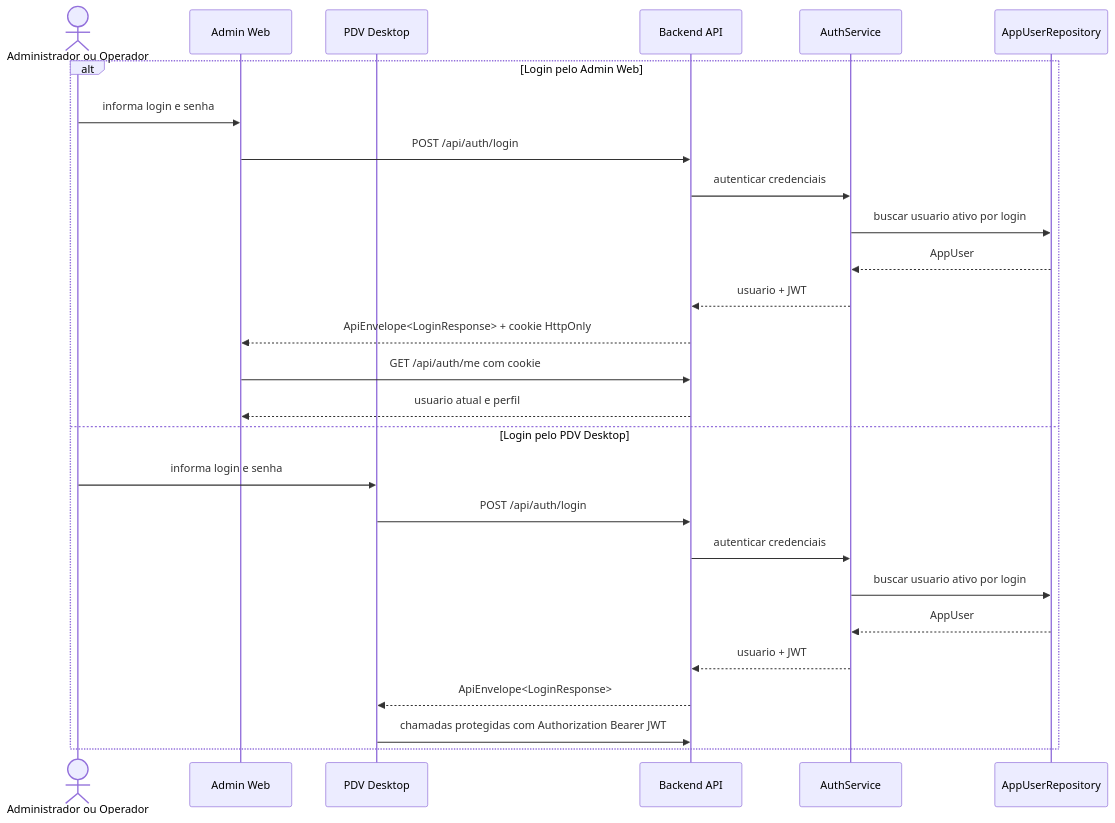
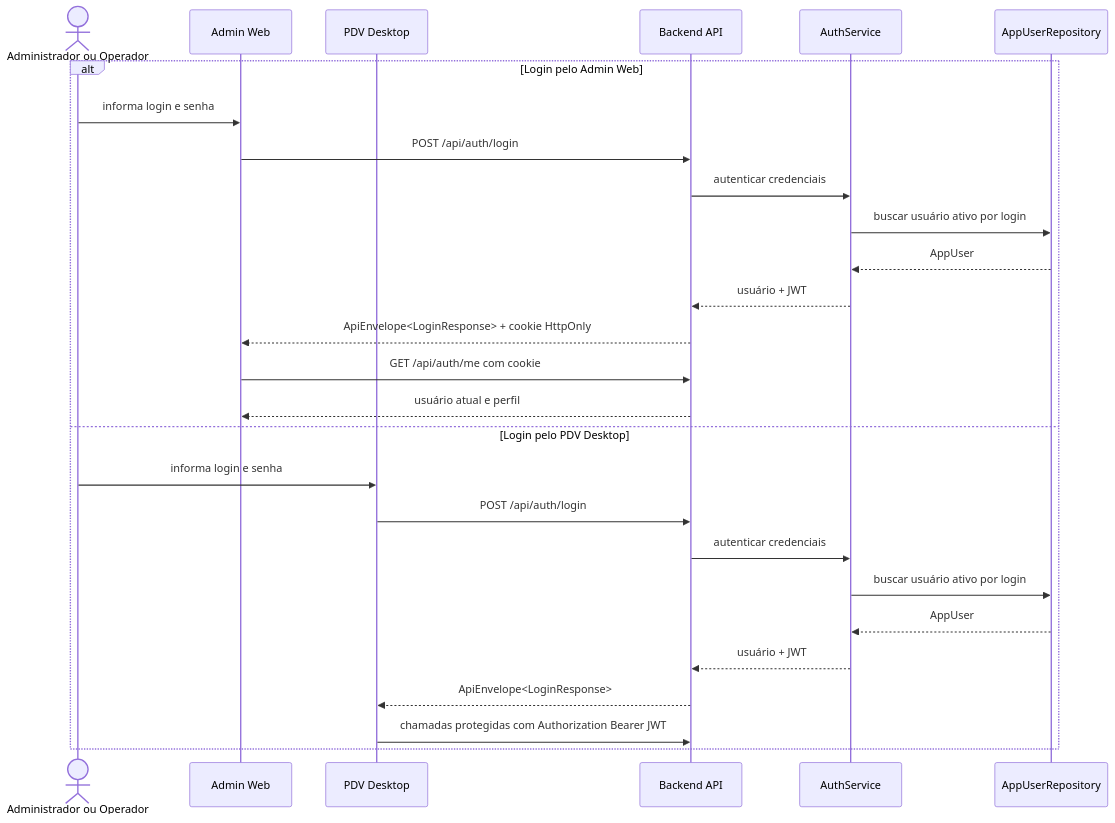
One commit to Fatech-Ypiranga/Mercado-One-Java changed the fifth of 9 diagrams in docs/diagramas.md. Above: the diagram before and after it, drawn with Mermaid. The commit also changed other lines of this file and 27 other files, not shown here.

````diff
--- a/docs/diagramas.md
+++ b/docs/diagramas.md
@@ -388,30 +388,30 @@
 ```mermaid
 sequenceDiagram
     actor Pessoa as Administrador ou Operador
     participant Admin as Admin Web
     participant Pdv as PDV Desktop
     participant Api as Backend API
     participant Auth as AuthService
     participant Users as AppUserRepository
 
     alt Login pelo Admin Web
         Pessoa->>Admin: informa login e senha
         Admin->>Api: POST /api/auth/login
         Api->>Auth: autenticar credenciais
-        Auth->>Users: buscar usuario ativo por login
+        Auth->>Users: buscar usuário ativo por login
         Users-->>Auth: AppUser
-        Auth-->>Api: usuario + JWT
+        Auth-->>Api: usuário + JWT
         Api-->>Admin: ApiEnvelope<LoginResponse> + cookie HttpOnly
         Admin->>Api: GET /api/auth/me com cookie
-        Api-->>Admin: usuario atual e perfil
+        Api-->>Admin: usuário atual e perfil
     else Login pelo PDV Desktop
         Pessoa->>Pdv: informa login e senha
         Pdv->>Api: POST /api/auth/login
         Api->>Auth: autenticar credenciais
-        Auth->>Users: buscar usuario ativo por login
+        Auth->>Users: buscar usuário ativo por login
         Users-->>Auth: AppUser
-        Auth-->>Api: usuario + JWT
+        Auth-->>Api: usuário + JWT
         Api-->>Pdv: ApiEnvelope<LoginResponse>
         Pdv->>Api: chamadas protegidas com Authorization Bearer JWT
     end
 ```
````
